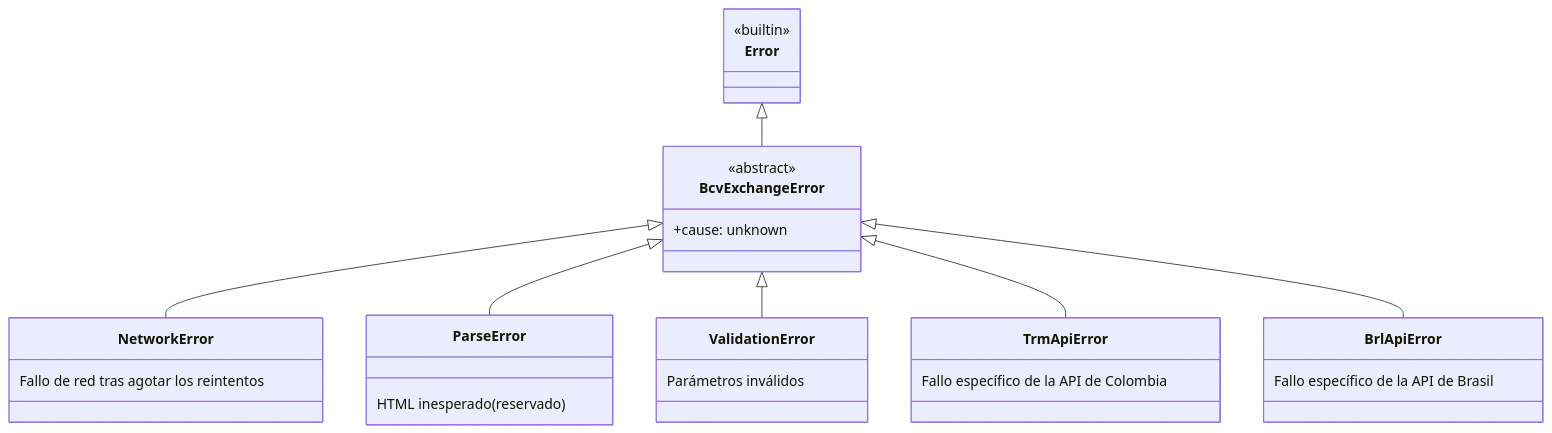
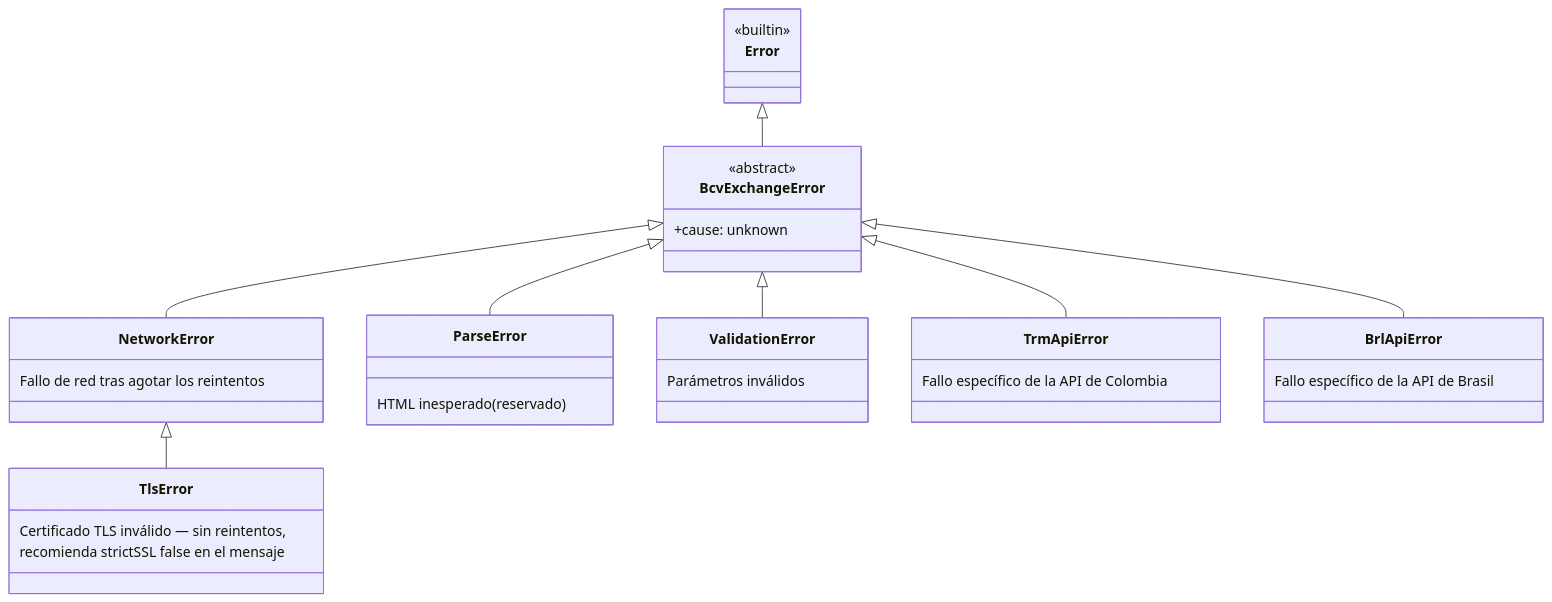
Before and after one commit to carrilloapps/bcv-exchange-rate: the diagram in docs/api-reference.md, drawn with Mermaid. The commit also changed other lines of this file and 14 other files, not shown here.

Commit message:
feat: TlsError sin reintentos con recomendacion de strictSSL y eco del flag en las respuestas

````diff
--- a/docs/api-reference.md
+++ b/docs/api-reference.md
@@ -420,32 +405,37 @@
 ```mermaid
 classDiagram
     class Error {
         <<builtin>>
     }
     class BcvExchangeError {
         <<abstract>>
         +cause: unknown
     }
     class NetworkError {
         Fallo de red tras agotar los reintentos
+    }
+    class TlsError {
+        Certificado TLS inválido — sin reintentos,
+        recomienda strictSSL false en el mensaje
     }
     class ParseError {
         HTML inesperado (reservado)
     }
     class ValidationError {
         Parámetros inválidos
     }
     class TrmApiError {
         Fallo específico de la API de Colombia
     }
     class BrlApiError {
         Fallo específico de la API de Brasil
     }
 
     Error <|-- BcvExchangeError
     BcvExchangeError <|-- NetworkError
+    NetworkError <|-- TlsError
     BcvExchangeError <|-- ParseError
     BcvExchangeError <|-- ValidationError
     BcvExchangeError <|-- TrmApiError
     BcvExchangeError <|-- BrlApiError
 ```
````
